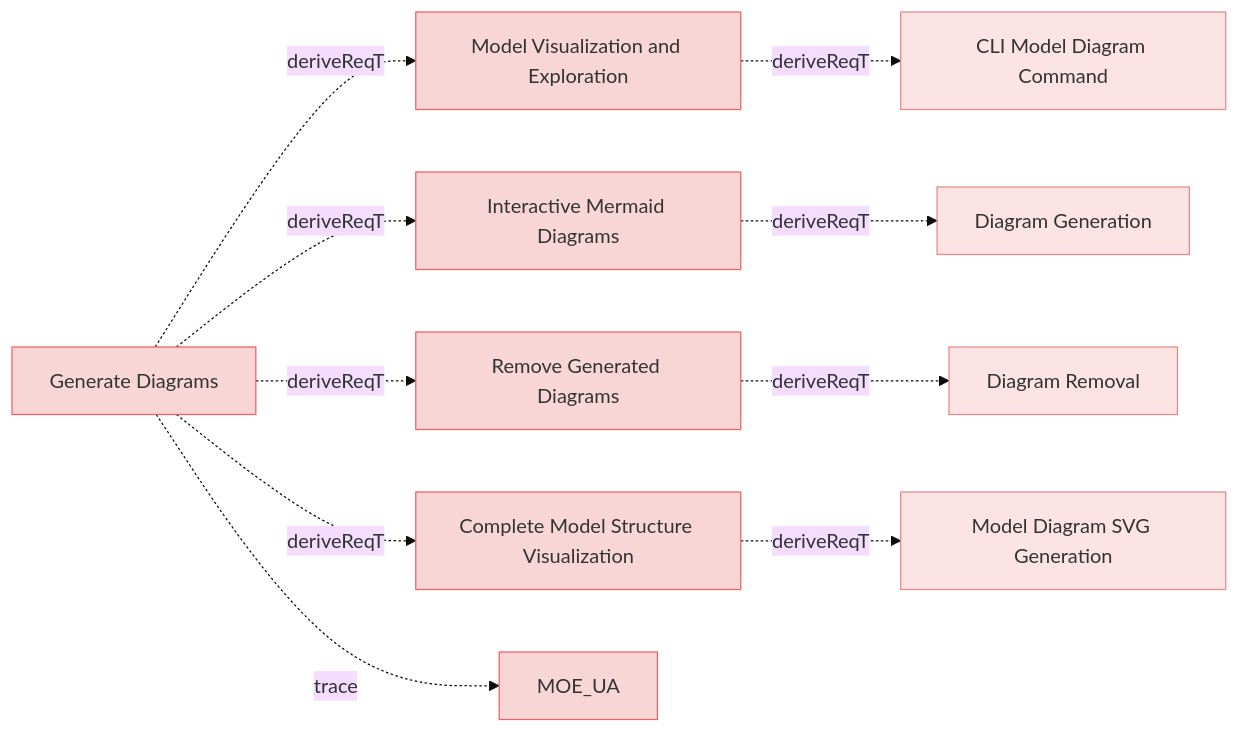
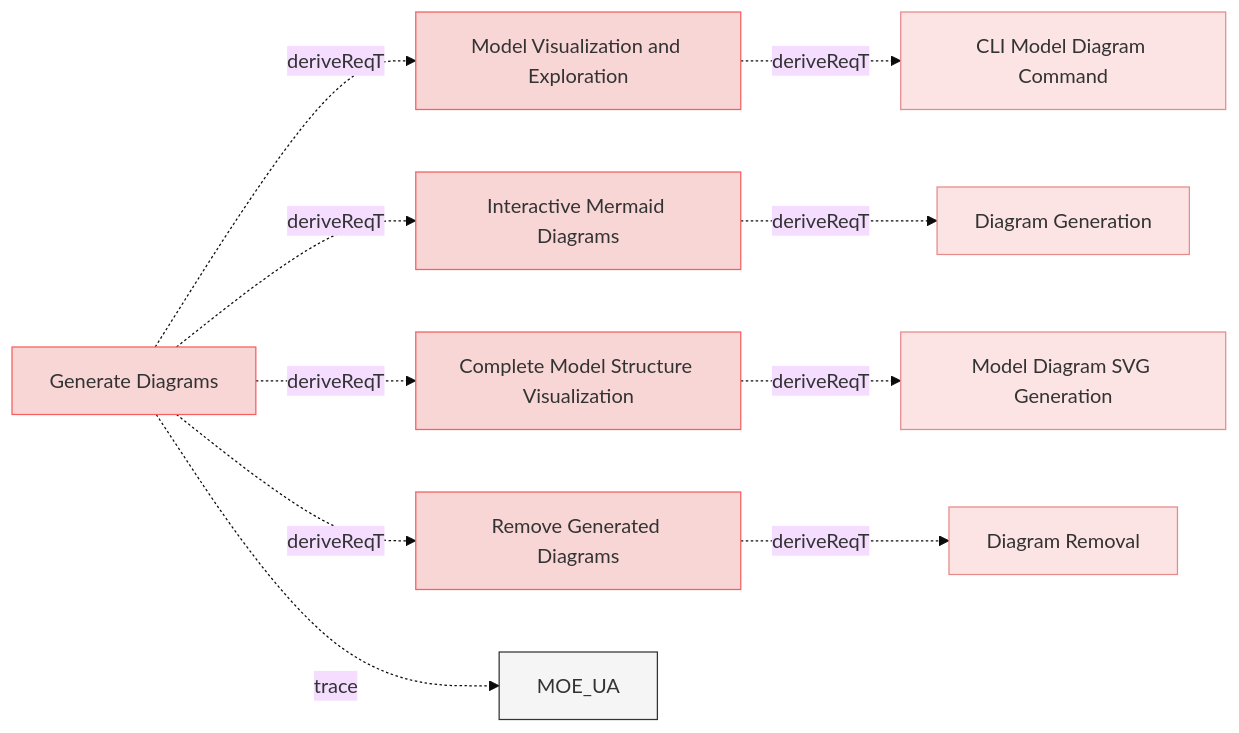
One commit to reqvire-org/reqvire changed the first of 9 diagrams in specifications/UserRequirements.md. Above: the diagram before and after it, drawn with Mermaid (base theme). The commit also changed other lines of this file and 17 other files, not shown here.

````diff
--- a/specifications/UserRequirements.md
+++ b/specifications/UserRequirements.md
@@ -4,49 +4,49 @@
 ```mermaid
 graph LR;
   %% REQVIRE-AUTOGENERATED-DIAGRAM
   %% Graph styling
   classDef userRequirement fill:#f9d6d6,stroke:#f55f5f,stroke-width:1px;
   classDef systemRequirement fill:#fce4e4,stroke:#e68a8a,stroke-width:1px;
   classDef verification fill:#d6f9d6,stroke:#5fd75f,stroke-width:1px;
   classDef default fill:#f5f5f5,stroke:#333333,stroke-width:1px;
 
   5e10b566c9d01f8f["Model Visualization and Exploration"];
   class 5e10b566c9d01f8f userRequirement;
   click 5e10b566c9d01f8f "UserRequirements.md#model-visualization-and-exploration";
   3b9f849eea96ef6a["CLI Model Diagram Command"];
   class 3b9f849eea96ef6a systemRequirement;
   click 3b9f849eea96ef6a "SystemRequirements/Requirements.md#cli-model-diagram-command";
   5e10b566c9d01f8f -.->|deriveReqT| 3b9f849eea96ef6a;
   eedf6d6d3d2354d9["Interactive Mermaid Diagrams"];
   class eedf6d6d3d2354d9 userRequirement;
   click eedf6d6d3d2354d9 "UserRequirements.md#interactive-mermaid-diagrams";
   e9aee7d9477f4abe["Diagram Generation"];
   class e9aee7d9477f4abe systemRequirement;
   click e9aee7d9477f4abe "SystemRequirements/Requirements.md#diagram-generation";
   eedf6d6d3d2354d9 -.->|deriveReqT| e9aee7d9477f4abe;
+  b080cbe28d92ddf3["Complete Model Structure Visualization"];
+  class b080cbe28d92ddf3 userRequirement;
+  click b080cbe28d92ddf3 "UserRequirements.md#complete-model-structure-visualization";
+  1e20313bdf4c143c["Model Diagram SVG Generation"];
+  class 1e20313bdf4c143c systemRequirement;
+  click 1e20313bdf4c143c "SystemRequirements/Requirements.md#model-diagram-svg-generation";
+  b080cbe28d92ddf3 -.->|deriveReqT| 1e20313bdf4c143c;
   8b2dd3bb2c44db94["Remove Generated Diagrams"];
   class 8b2dd3bb2c44db94 userRequirement;
   click 8b2dd3bb2c44db94 "UserRequirements.md#remove-generated-diagrams";
   4ec753faad5a75f7["Diagram Removal"];
   class 4ec753faad5a75f7 systemRequirement;
   click 4ec753faad5a75f7 "SystemRequirements/Requirements.md#diagram-removal";
   8b2dd3bb2c44db94 -.->|deriveReqT| 4ec753faad5a75f7;
-  b080cbe28d92ddf3["Complete Model Structure Visualization"];
-  class b080cbe28d92ddf3 userRequirement;
-  click b080cbe28d92ddf3 "UserRequirements.md#complete-model-structure-visualization";
-  1e20313bdf4c143c["Model Diagram SVG Generation"];
-  class 1e20313bdf4c143c systemRequirement;
-  click 1e20313bdf4c143c "SystemRequirements/Requirements.md#model-diagram-svg-generation";
-  b080cbe28d92ddf3 -.->|deriveReqT| 1e20313bdf4c143c;
   37a5b8e199a838f["Generate Diagrams"];
   class 37a5b8e199a838f userRequirement;
   click 37a5b8e199a838f "UserStories.md#generate-diagrams";
   2c5f30f14e792200["MOE_UA"];
-  class 2c5f30f14e792200 userRequirement;
+  class 2c5f30f14e792200 default;
   click 2c5f30f14e792200 "MOEs.md#moe_ua";
   37a5b8e199a838f -.->|trace| 2c5f30f14e792200;
   37a5b8e199a838f -.->|deriveReqT| 5e10b566c9d01f8f;
   37a5b8e199a838f -.->|deriveReqT| eedf6d6d3d2354d9;
+  37a5b8e199a838f -.->|deriveReqT| b080cbe28d92ddf3;
   37a5b8e199a838f -.->|deriveReqT| 8b2dd3bb2c44db94;
-  37a5b8e199a838f -.->|deriveReqT| b080cbe28d92ddf3;
 ```
````
